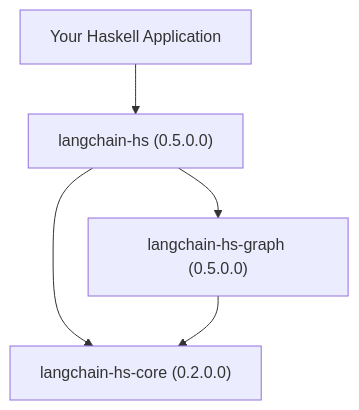
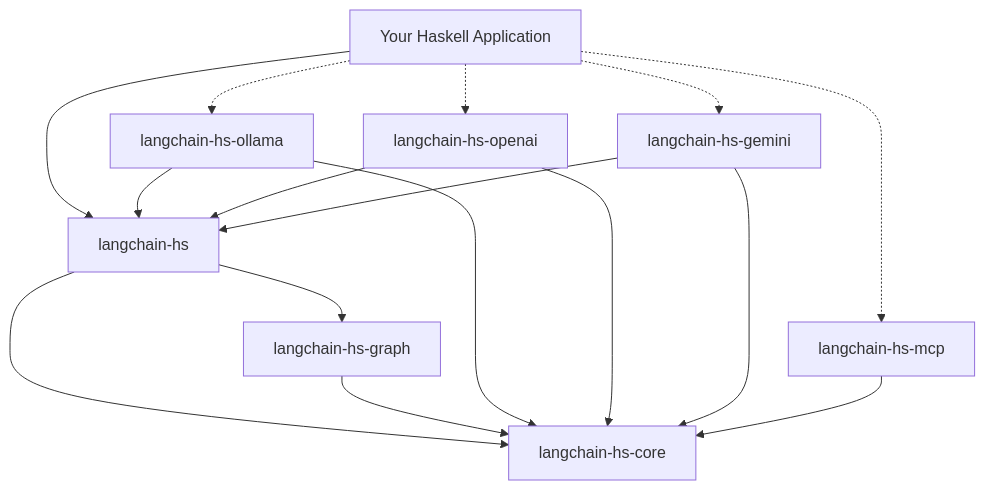
One commit to tusharad/langchain-hs changed the diagram in site/api/packages.md. Above: the diagram before and after it, drawn with Mermaid. The commit also changed other lines of this file and 122 other files, not shown here.

````diff
--- a/site/api/packages.md
+++ b/site/api/packages.md
@@ -21,7 +25,20 @@
 ```mermaid
 flowchart TD
-    App[Your Haskell Application] --> LangchainHs["langchain-hs (0.5.0.0)"]
-    LangchainHs --> LangchainHsGraph["langchain-hs-graph (0.5.0.0)"]
-    LangchainHs --> LangchainHsCore["langchain-hs-core (0.2.0.0)"]
+    App[Your Haskell Application] --> LangchainHs["langchain-hs"]
+    App -.-> Ollama["langchain-hs-ollama"]
+    App -.-> OpenAI["langchain-hs-openai"]
+    App -.-> Gemini["langchain-hs-gemini"]
+    App -.-> MCP["langchain-hs-mcp"]
+    
+    LangchainHs --> LangchainHsGraph["langchain-hs-graph"]
+    LangchainHs --> LangchainHsCore["langchain-hs-core"]
     LangchainHsGraph --> LangchainHsCore
+    
+    Ollama --> LangchainHs
+    Ollama --> LangchainHsCore
+    OpenAI --> LangchainHs
+    OpenAI --> LangchainHsCore
+    Gemini --> LangchainHs
+    Gemini --> LangchainHsCore
+    MCP --> LangchainHsCore
 ```
````
